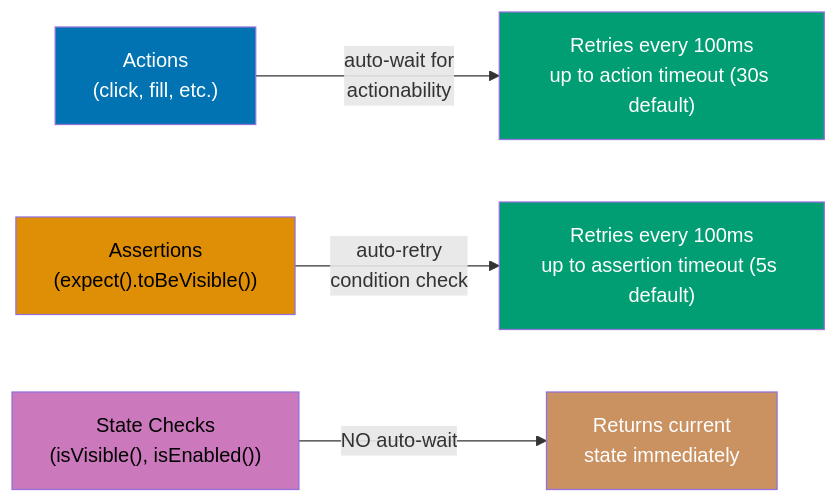
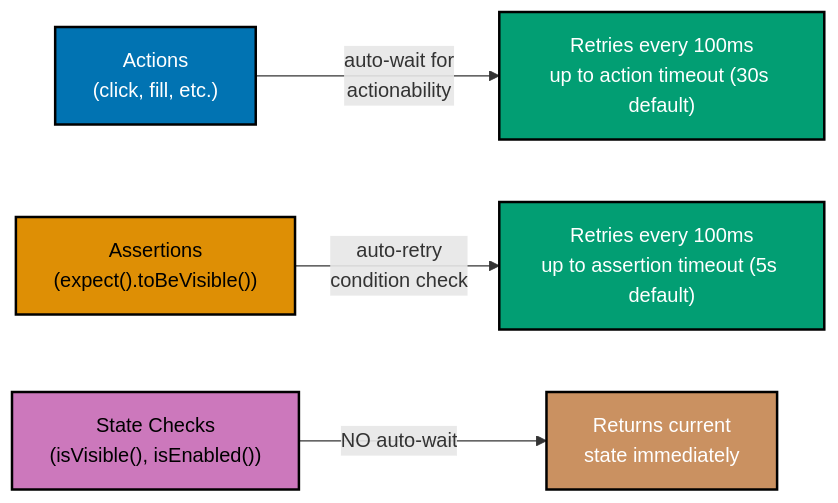
Diagram 15 of 15 in apps/ayokoding-web/content/en/learn/software-engineering/automation-testing/tools/playwright/by-example/beginner.md (wahidyankf/open-sharia-enterprise), drawn with Mermaid before and after one commit. The commit also changed other lines of this file and 25 other files, not shown here.

````diff
--- a/apps/ayokoding-web/content/en/learn/software-engineering/automation-testing/tools/playwright/by-example/beginner.md
+++ b/apps/ayokoding-web/content/en/learn/software-engineering/automation-testing/tools/playwright/by-example/beginner.md
@@ -1941,14 +1941,14 @@
 ```mermaid
 %% Color Palette: Blue #0173B2, Orange #DE8F05, Teal #029E73, Purple #CC78BC, Brown #CA9161
 graph LR
     Actions["Actions<br/>(click, fill, etc.)"] -->|"auto-wait for<br/>actionability"| ActionWait["Retries every 100ms<br/>up to action timeout (30s default)"]
     Assertions["Assertions<br/>(expect().toBeVisible())"] -->|"auto-retry<br/>condition check"| AssertWait["Retries every 100ms<br/>up to assertion timeout (5s default)"]
     StateChecks["State Checks<br/>(isVisible(), isEnabled())"] -->|"NO auto-wait"| Immediate["Returns current<br/>state immediately"]
 
-    style Actions fill:#0173B2,color:#fff
-    style Assertions fill:#DE8F05,color:#000
-    style StateChecks fill:#CC78BC,color:#000
-    style ActionWait fill:#029E73,color:#fff
-    style AssertWait fill:#029E73,color:#fff
-    style Immediate fill:#CA9161,color:#fff
+    style Actions fill:#0173B2,stroke:#000000,stroke-width:2px,color:#fff
+    style Assertions fill:#DE8F05,stroke:#000000,stroke-width:2px,color:#000
+    style StateChecks fill:#CC78BC,stroke:#000000,stroke-width:2px,color:#000
+    style ActionWait fill:#029E73,stroke:#000000,stroke-width:2px,color:#fff
+    style AssertWait fill:#029E73,stroke:#000000,stroke-width:2px,color:#fff
+    style Immediate fill:#CA9161,stroke:#000000,stroke-width:2px,color:#fff
 ```
````
